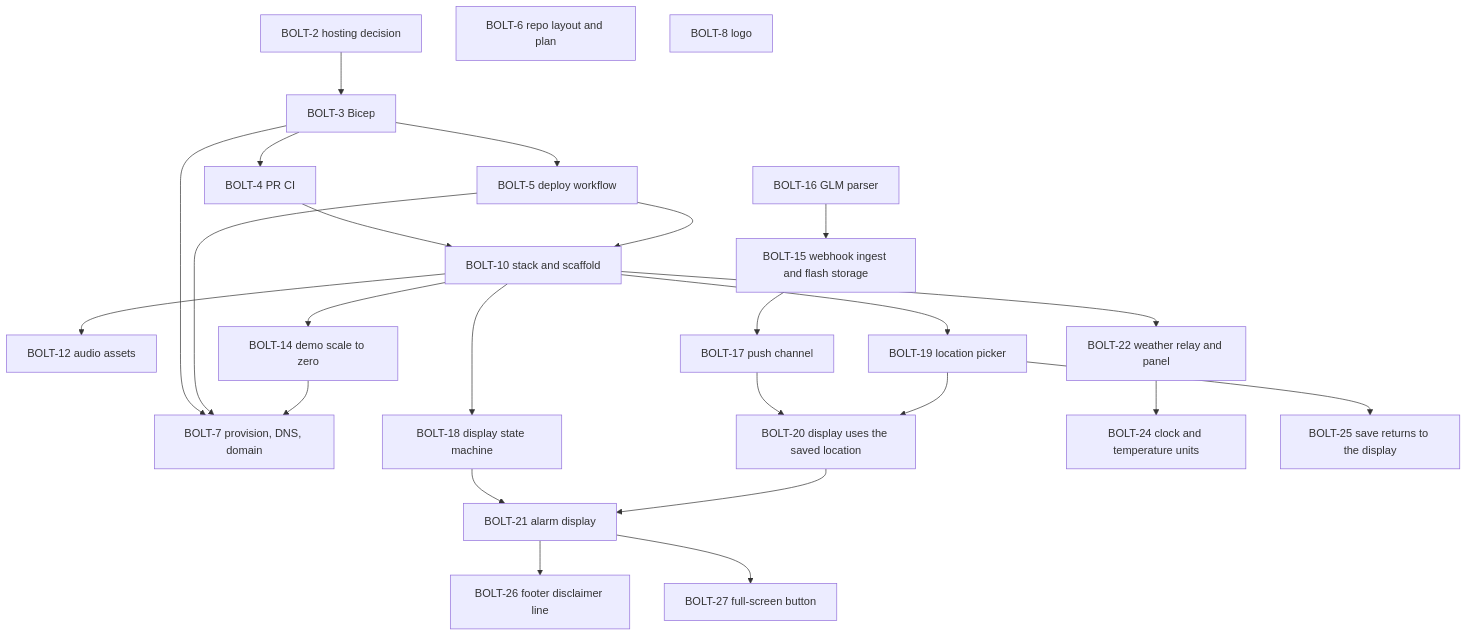
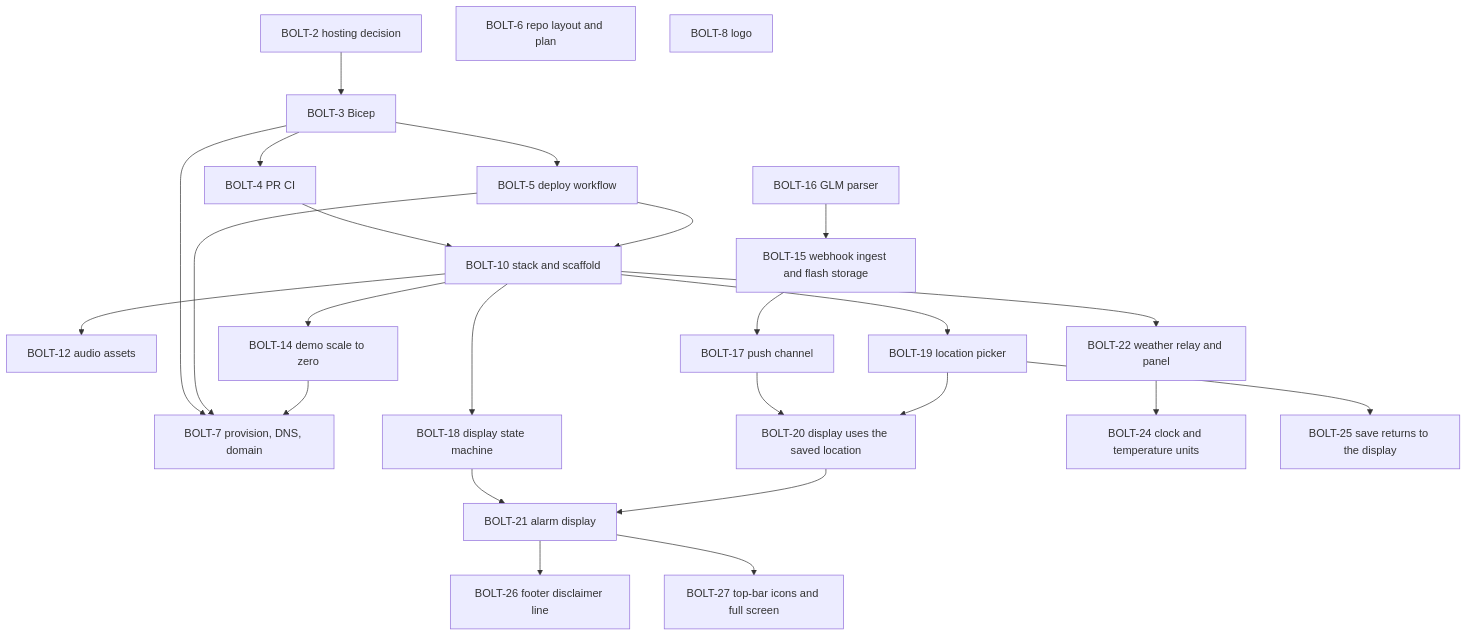
One commit to henrique-meyer/boltclock changed the diagram in docs/plan.md. Above: the diagram before and after it, drawn with Mermaid. The commit also changed other lines of this file and 3 other files, not shown here.

First line of the commit message:
BOLT-27 Icons for the top-bar buttons

````diff
--- a/docs/plan.md
+++ b/docs/plan.md
@@ -15,49 +15,48 @@
 ```mermaid
 flowchart TD
   s2[BOLT-2 hosting decision]
   s3[BOLT-3 Bicep]
   s4[BOLT-4 PR CI]
   s5[BOLT-5 deploy workflow]
   s6[BOLT-6 repo layout and plan]
   s7[BOLT-7 provision, DNS, domain]
   s8[BOLT-8 logo]
   s10[BOLT-10 stack and scaffold]
   s12[BOLT-12 audio assets]
   s14[BOLT-14 demo scale to zero]
   s15[BOLT-15 webhook ingest and flash storage]
   s16[BOLT-16 GLM parser]
   s17[BOLT-17 push channel]
   s18[BOLT-18 display state machine]
   s19[BOLT-19 location picker]
   s20[BOLT-20 display uses the saved location]
   s21[BOLT-21 alarm display]
   s22[BOLT-22 weather relay and panel]
   s24[BOLT-24 clock and temperature units]
   s25[BOLT-25 save returns to the display]
   s26[BOLT-26 footer disclaimer line]
-  s27[BOLT-27 full-screen button]
+  s27[BOLT-27 top-bar icons and full screen]
   s2 --> s3
   s4 --> s10
   s5 --> s10
   s3 --> s4
   s3 --> s5
   s3 --> s7
   s5 --> s7
   s10 --> s12
   s10 --> s14
   s14 --> s7
   s16 --> s15
   s15 --> s17
   s10 --> s18
   s10 --> s19
   s17 --> s20
   s19 --> s20
-
   s18 --> s21
   s20 --> s21
   s10 --> s22
   s22 --> s24
   s19 --> s25
   s21 --> s26
   s21 --> s27
 ```
````
